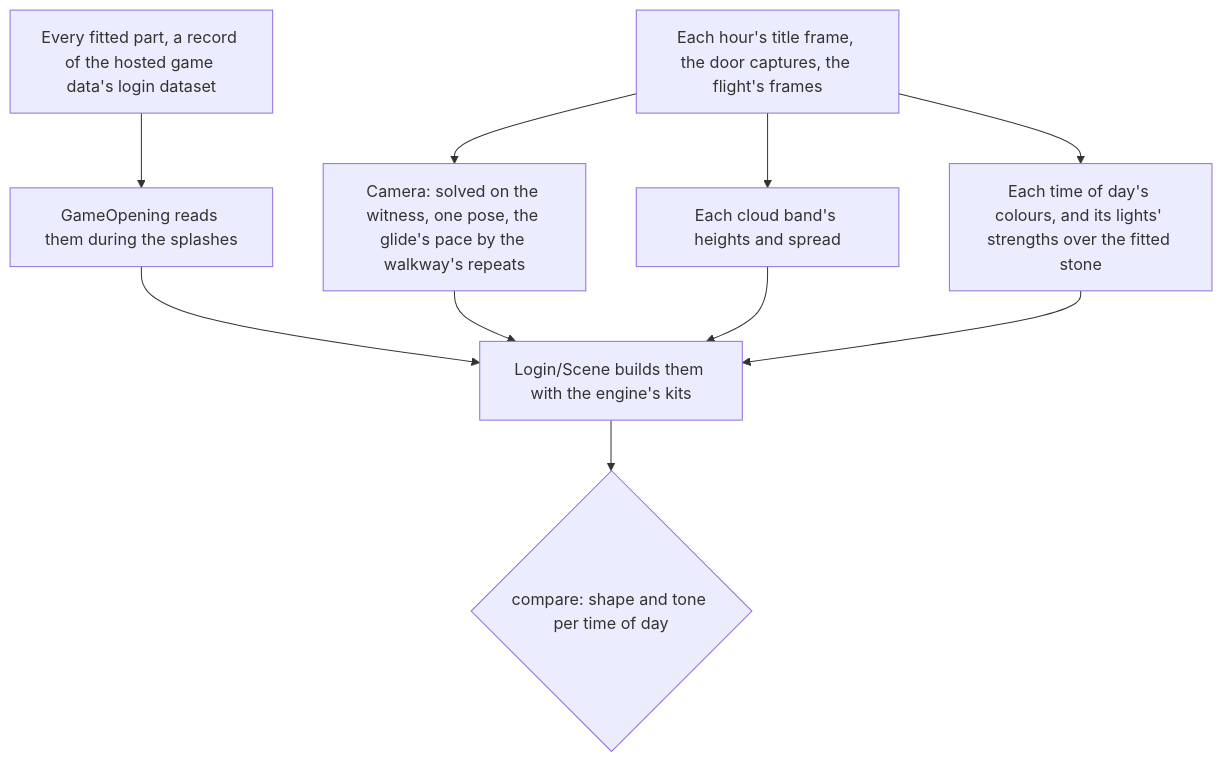
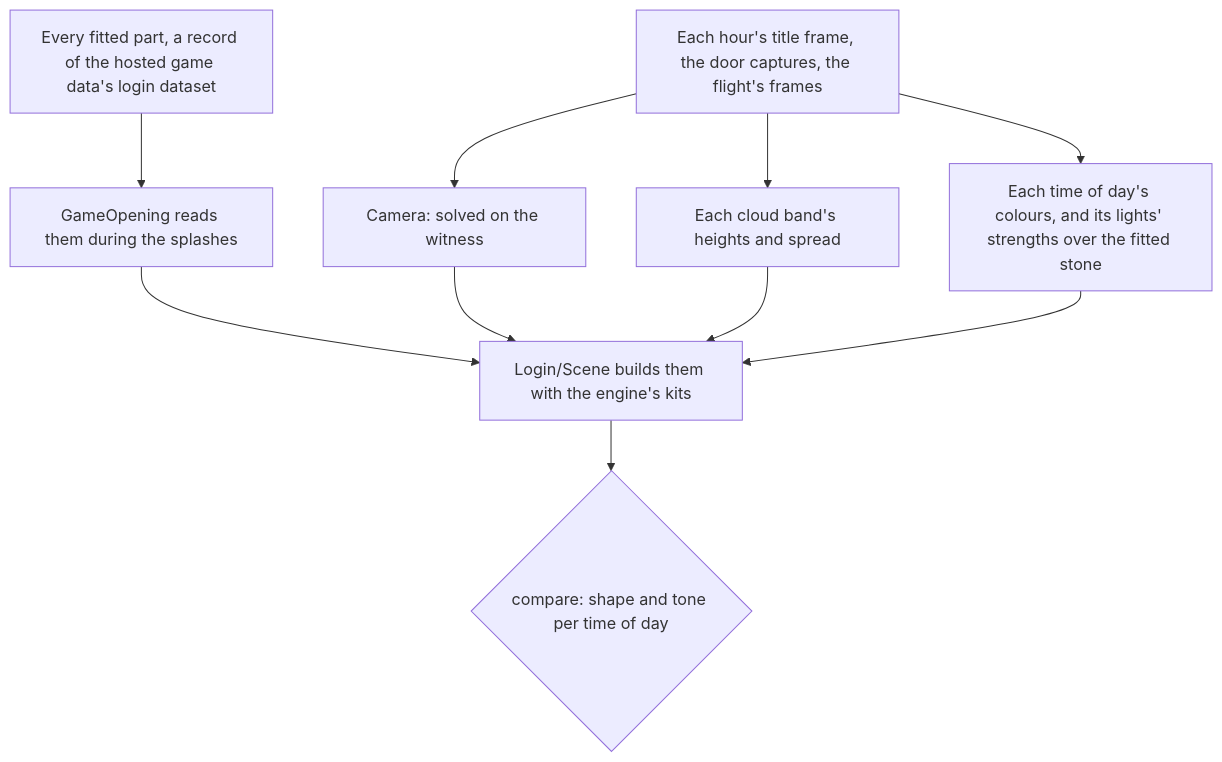
Before and after one commit to Esposter/Esposter: the second of 2 diagrams in openspec/specs/genshin/login-screen/README.md, drawn with Mermaid. The commit also changed other lines of this file and 13 other files, not shown here.

````diff
--- a/openspec/specs/genshin/login-screen/README.md
+++ b/openspec/specs/genshin/login-screen/README.md
@@ -45,12 +45,12 @@
 ```mermaid
 flowchart TD
   DATA["Every fitted part, a record of the hosted game data's login dataset"] --> READ["GameOpening reads them during the splashes"]
   READ --> SCENE[Login/Scene builds them with the engine's kits]
-  REF[Each hour's title frame, the door captures, the flight's frames] --> CAM["Camera: solved on the witness, one pose, the glide's pace by the walkway's repeats"]
+  REF[Each hour's title frame, the door captures, the flight's frames] --> CAM["Camera: solved on the witness"]
   REF --> BANDS[Each cloud band's heights and spread]
   REF --> LIGHT["Each time of day's colours, and its lights' strengths over the fitted stone"]
   CAM --> SCENE
   BANDS --> SCENE
   LIGHT --> SCENE
   SCENE --> SCORE{compare: shape and tone per time of day}
 ```
````
